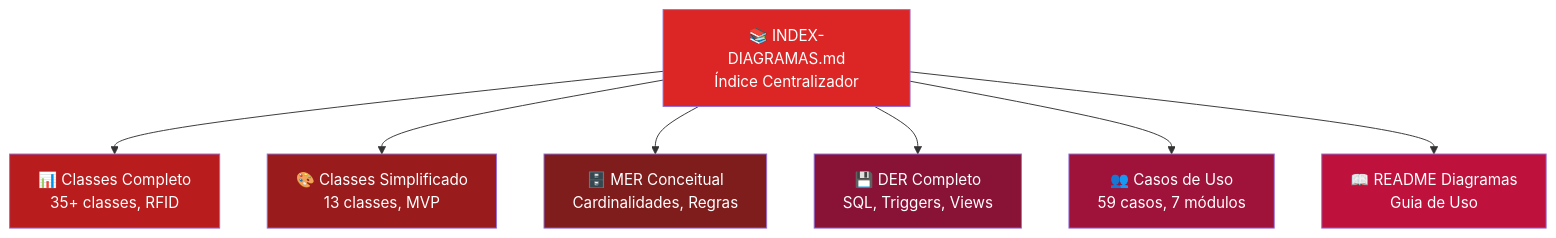
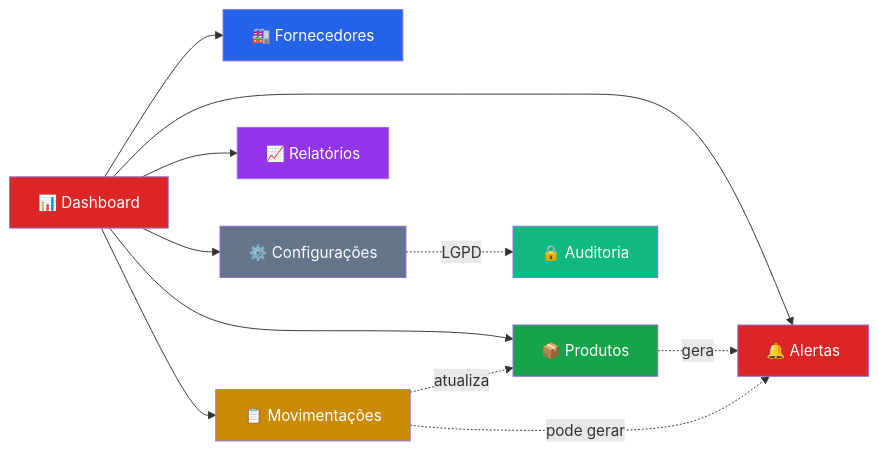
One commit to matheusmendes720/workconnect-tcc changed the fourth of 4 diagrams in README.md. Above: the diagram before and after it, drawn with Mermaid. The commit also changed other lines of this file and 10 other files, not shown here.

Commit message:
docs: Update documentation structure - Add LGPD compliance, refactor diagrams, update README/CONTRIBUTING/ROADMAP

````diff
--- a/README.md
+++ b/README.md
@@ -621,19 +284,23 @@
 ```mermaid
-graph TB
-    Index[📚 INDEX-DIAGRAMAS.md<br/>Índice Centralizador]
+graph LR
+    Dashboard[📊 Dashboard] --> Produtos[📦 Produtos]
+    Dashboard --> Fornecedores[🏭 Fornecedores]
+    Dashboard --> Movimentacoes[📋 Movimentações]
+    Dashboard --> Alertas[🔔 Alertas]
+    Dashboard --> Relatorios[📈 Relatórios]
+    Dashboard --> Config[⚙️ Configurações]
     
-    Index --> Classes1[📊 Classes Completo<br/>35+ classes, RFID]
-    Index --> Classes2[🎨 Classes Simplificado<br/>13 classes, MVP]
-    Index --> MER[🗄️ MER Conceitual<br/>Cardinalidades, Regras]
-    Index --> DER[💾 DER Completo<br/>SQL, Triggers, Views]
-    Index --> CasosUso[👥 Casos de Uso<br/>59 casos, 7 módulos]
-    Index --> README[📖 README Diagramas<br/>Guia de Uso]
+    Produtos -.->|gera| Alertas
+    Movimentacoes -.->|atualiza| Produtos
+    Movimentacoes -.->|pode gerar| Alertas
+    Config -.->|LGPD| LGPD[🔒 Auditoria]
     
-    style Index fill:#dc2626,color:#fff
-    style Classes1 fill:#b91c1c,color:#fff
-    style Classes2 fill:#991b1b,color:#fff
-    style MER fill:#7f1d1d,color:#fff
-    style DER fill:#881337,color:#fff
-    style CasosUso fill:#9f1239,color:#fff
-    style README fill:#be123c,color:#fff
+    style Dashboard fill:#dc2626,color:#fff
+    style Produtos fill:#16a34a,color:#fff
+    style Fornecedores fill:#2563eb,color:#fff
+    style Movimentacoes fill:#ca8a04,color:#fff
+    style Alertas fill:#dc2626,color:#fff
+    style Relatorios fill:#9333ea,color:#fff
+    style Config fill:#64748b,color:#fff
+    style LGPD fill:#10b981,color:#fff
 ```
````
